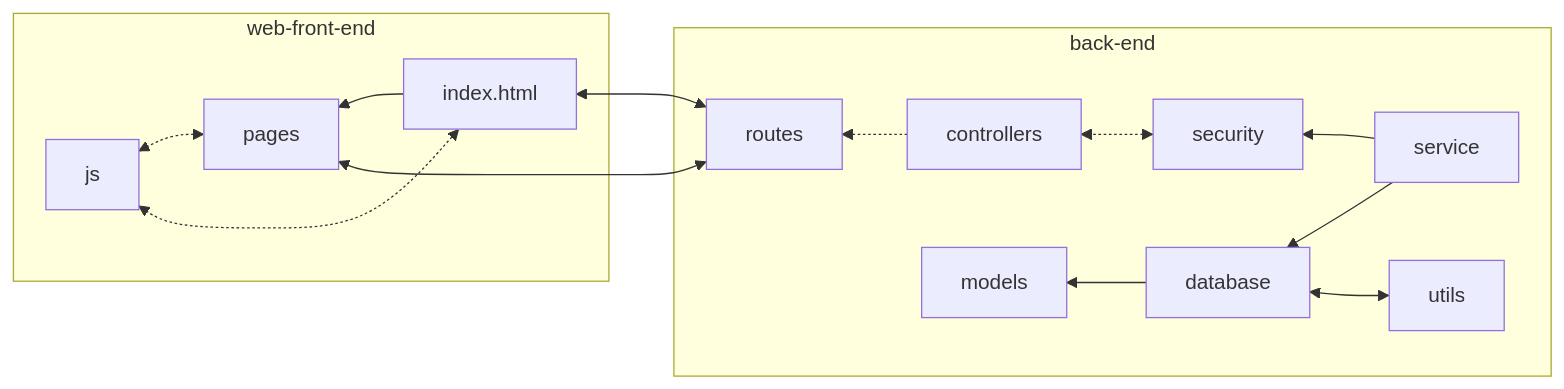
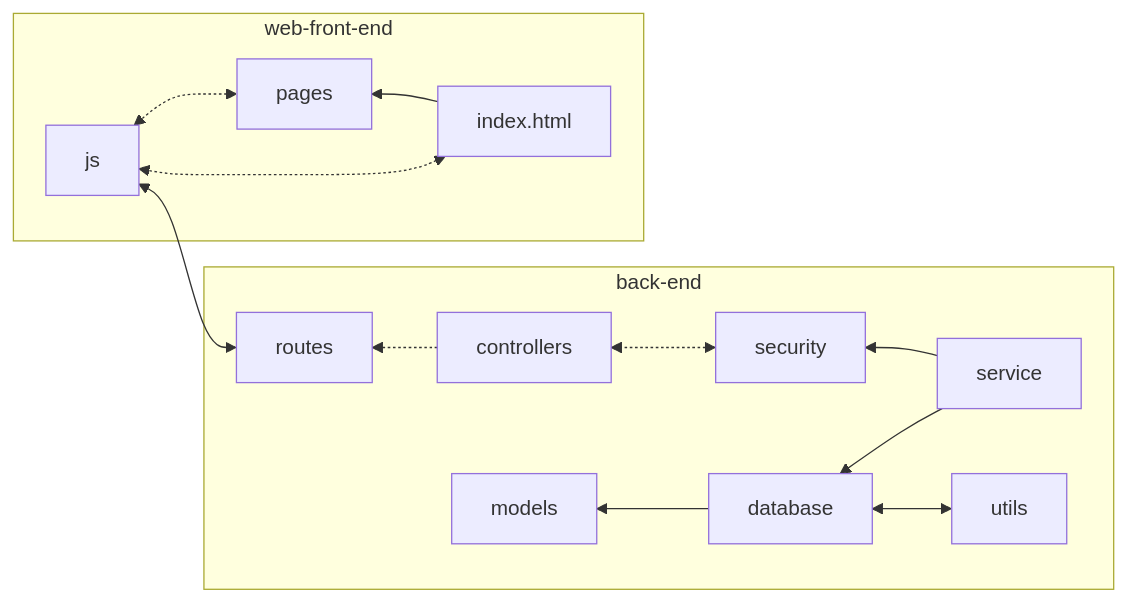
Before and after one commit to stackup-dev/authentication-and-authorisation-with-expressjs: the diagram in README.md, drawn with Mermaid.

Commit message:
it's actually the JS file that talks with the backend

````diff
--- a/README.md
+++ b/README.md
@@ -49,17 +49,16 @@
 ```mermaid
 flowchart RL
 subgraph g1[back-end]
 service --> database
 service --> security
 security <-.-> controllers
 utils <--> database --> models
 controllers .-> routes
 end
 subgraph f1[web-front-end]
 index.html --> pages
 pages <-.-> js
 index.html <-.-> js
 end
-routes <--> index.html
-routes <--> pages
+routes <--> js
 ```
````
